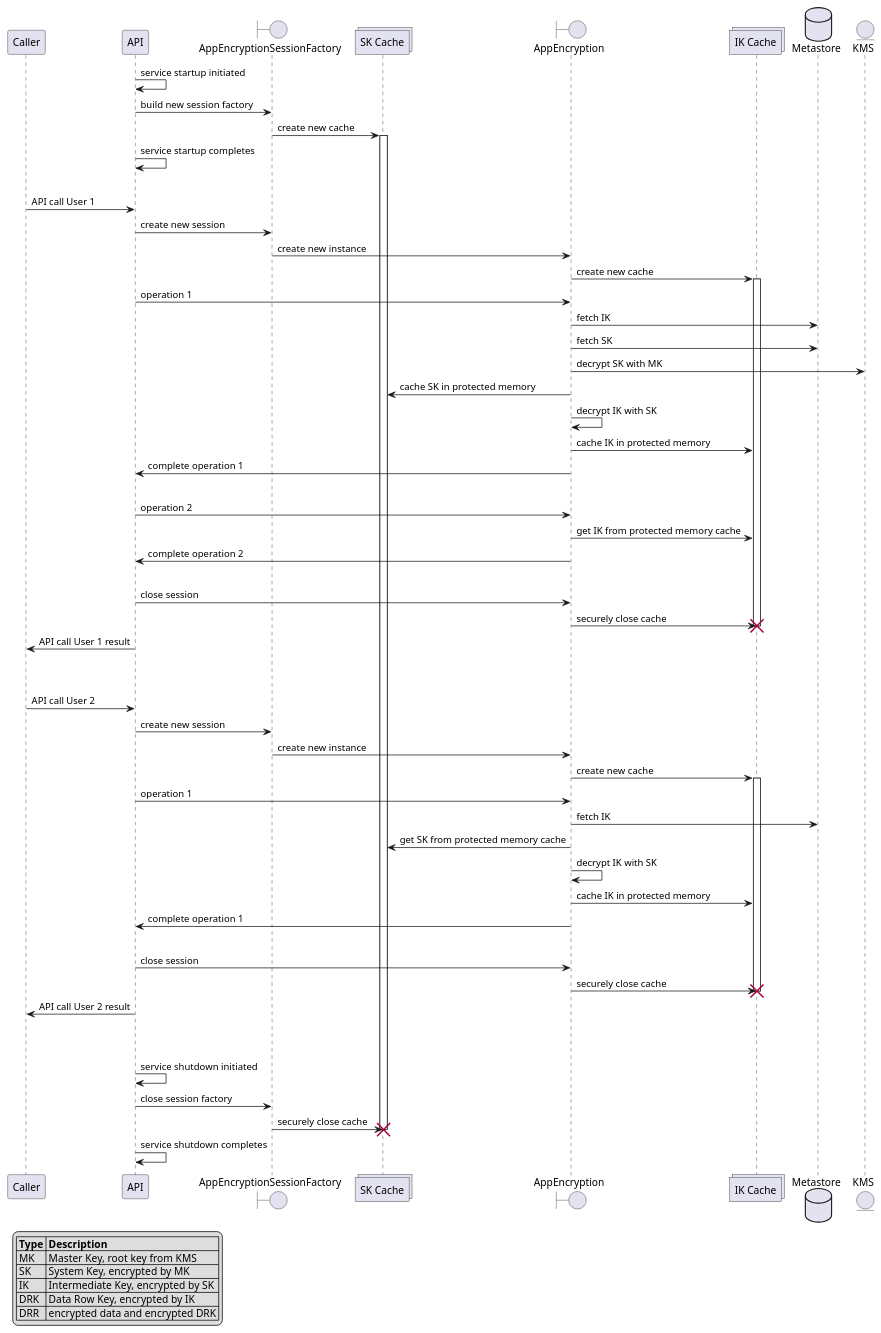
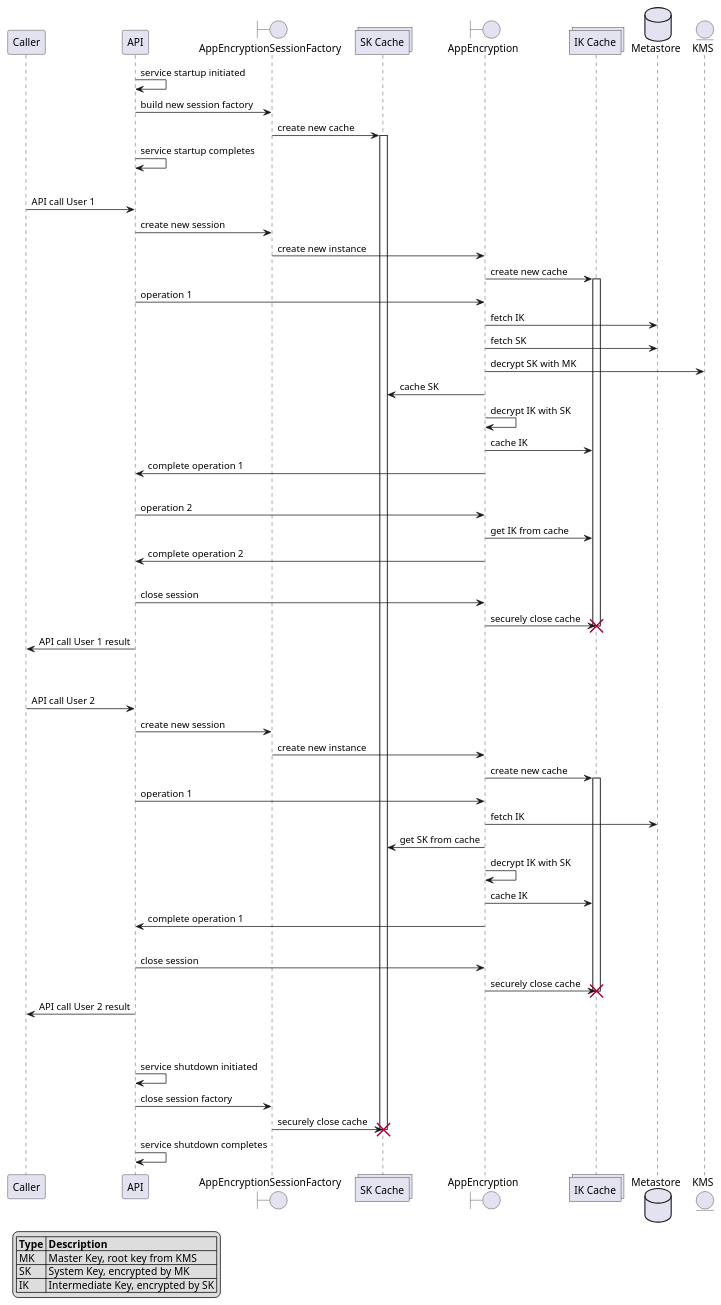
One commit to godaddy/asherah changed the diagram in docs/assets/cache_lifecycles.puml. Above: the diagram before and after it, drawn with PlantUML. The commit also changed 1 other file, not shown here.

Commit message:
remove unused legend keys, try narrowing diagram

```diff
--- a/docs/assets/cache_lifecycles.puml
+++ b/docs/assets/cache_lifecycles.puml
@@ -1,77 +1,75 @@
 @startuml
 
 skinparam shadowing false
 
 legend left
 |= Type |= Description |
 | MK | Master Key, root key from KMS |
 | SK | System Key, encrypted by MK |
 | IK | Intermediate Key, encrypted by SK |
-| DRK | Data Row Key, encrypted by IK |
-| DRR | encrypted data and encrypted DRK |
 endlegend
 
 participant Caller
 participant API
 boundary AppEncryptionSessionFactory
 collections "SK Cache"
 boundary AppEncryption
 collections "IK Cache"
 database Metastore
 entity KMS
 
 API -> API : service startup initiated
 API -> AppEncryptionSessionFactory : build new session factory
 AppEncryptionSessionFactory -> "SK Cache" : create new cache
 activate "SK Cache"
 API -> API : service startup completes
 |||
 Caller -> API : API call User 1
 API -> AppEncryptionSessionFactory : create new session
 AppEncryptionSessionFactory -> AppEncryption : create new instance
 AppEncryption -> "IK Cache" : create new cache
 activate "IK Cache"
 API -> AppEncryption : operation 1
 AppEncryption -> Metastore : fetch IK
 AppEncryption -> Metastore : fetch SK
 AppEncryption -> KMS : decrypt SK with MK
-AppEncryption -> "SK Cache" : cache SK in protected memory
+AppEncryption -> "SK Cache" : cache SK
 AppEncryption -> AppEncryption : decrypt IK with SK
-AppEncryption -> "IK Cache" : cache IK in protected memory
+AppEncryption -> "IK Cache" : cache IK
 AppEncryption -> API : complete operation 1
 |||
 API -> AppEncryption : operation 2
-AppEncryption -> "IK Cache" : get IK from protected memory cache
+AppEncryption -> "IK Cache" : get IK from cache
 AppEncryption -> API : complete operation 2
 |||
 API -> AppEncryption : close session
 AppEncryption -> "IK Cache" : securely close cache
 destroy "IK Cache"
 API -> Caller : API call User 1 result
 |||
 |||
 Caller -> API : API call User 2
 API -> AppEncryptionSessionFactory : create new session
 AppEncryptionSessionFactory -> AppEncryption : create new instance
 AppEncryption -> "IK Cache" : create new cache
 activate "IK Cache"
 API -> AppEncryption : operation 1
 AppEncryption -> Metastore : fetch IK
-AppEncryption -> "SK Cache" : get SK from protected memory cache
+AppEncryption -> "SK Cache" : get SK from cache
 AppEncryption -> AppEncryption : decrypt IK with SK
-AppEncryption -> "IK Cache" : cache IK in protected memory
+AppEncryption -> "IK Cache" : cache IK
 AppEncryption -> API : complete operation 1
 |||
 API -> AppEncryption : close session
 AppEncryption -> "IK Cache" : securely close cache
 destroy "IK Cache"
 API -> Caller : API call User 2 result
 |||
 |||
 API -> API : service shutdown initiated
 API -> AppEncryptionSessionFactory : close session factory
 AppEncryptionSessionFactory -> "SK Cache" : securely close cache
 destroy "SK Cache"
 API -> API : service shutdown completes
 
 @enduml
```
